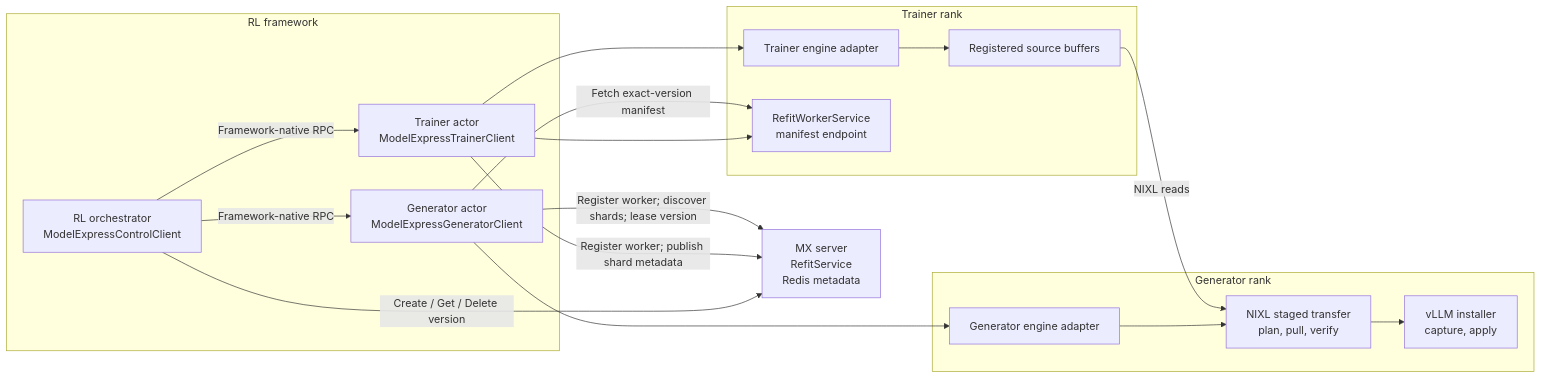
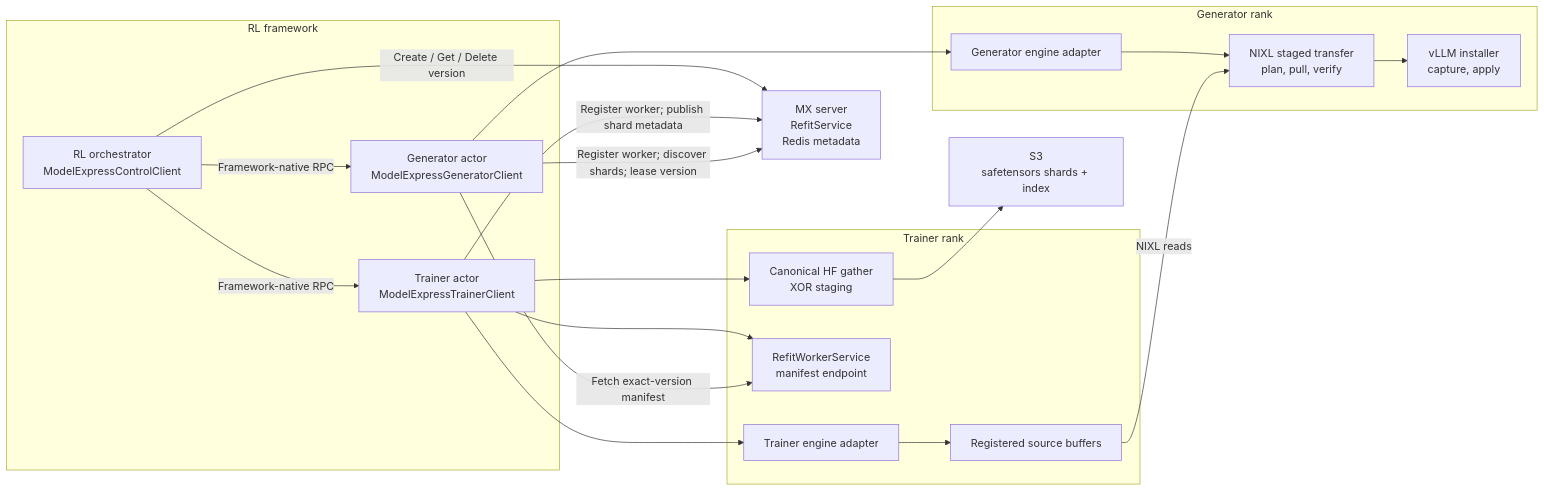
The second of 3 diagrams in docs/ARCHITECTURE.md (ai-dynamo/modelexpress), drawn with Mermaid before and after one commit. The commit also changed other lines of this file and 8 other files, not shown here.

````diff
--- a/docs/ARCHITECTURE.md
+++ b/docs/ARCHITECTURE.md
@@ -390,33 +390,37 @@
 ```mermaid
 flowchart LR
     subgraph Framework["RL framework"]
         O["RL orchestrator<br/>ModelExpressControlClient"]
         T["Trainer actor<br/>ModelExpressTrainerClient"]
         G["Generator actor<br/>ModelExpressGeneratorClient"]
     end
 
     S["MX server<br/>RefitService<br/>Redis metadata"]
 
     subgraph Trainer["Trainer rank"]
         TA["Trainer engine adapter"]
         B["Registered source buffers"]
         M["RefitWorkerService<br/>manifest endpoint"]
+        C["Canonical HF gather<br/>XOR staging"]
     end
+
+    D["S3<br/>safetensors shards + index"]
 
     subgraph Generator["Generator rank"]
         GA["Generator engine adapter"]
         X["NIXL staged transfer<br/>plan, pull, verify"]
         I["vLLM installer<br/>capture, apply"]
     end
 
     O -->|"Create / Get / Delete version"| S
     O -->|"Framework-native RPC"| T
     O -->|"Framework-native RPC"| G
     T --> TA --> B
+    T --> C --> D
     T -->|"Register worker; publish shard metadata"| S
     T --> M
     G -->|"Register worker; discover shards; lease version"| S
     G --> GA --> X --> I
     G -->|"Fetch exact-version manifest"| M
     B -->|"NIXL reads"| X
 ```
````
